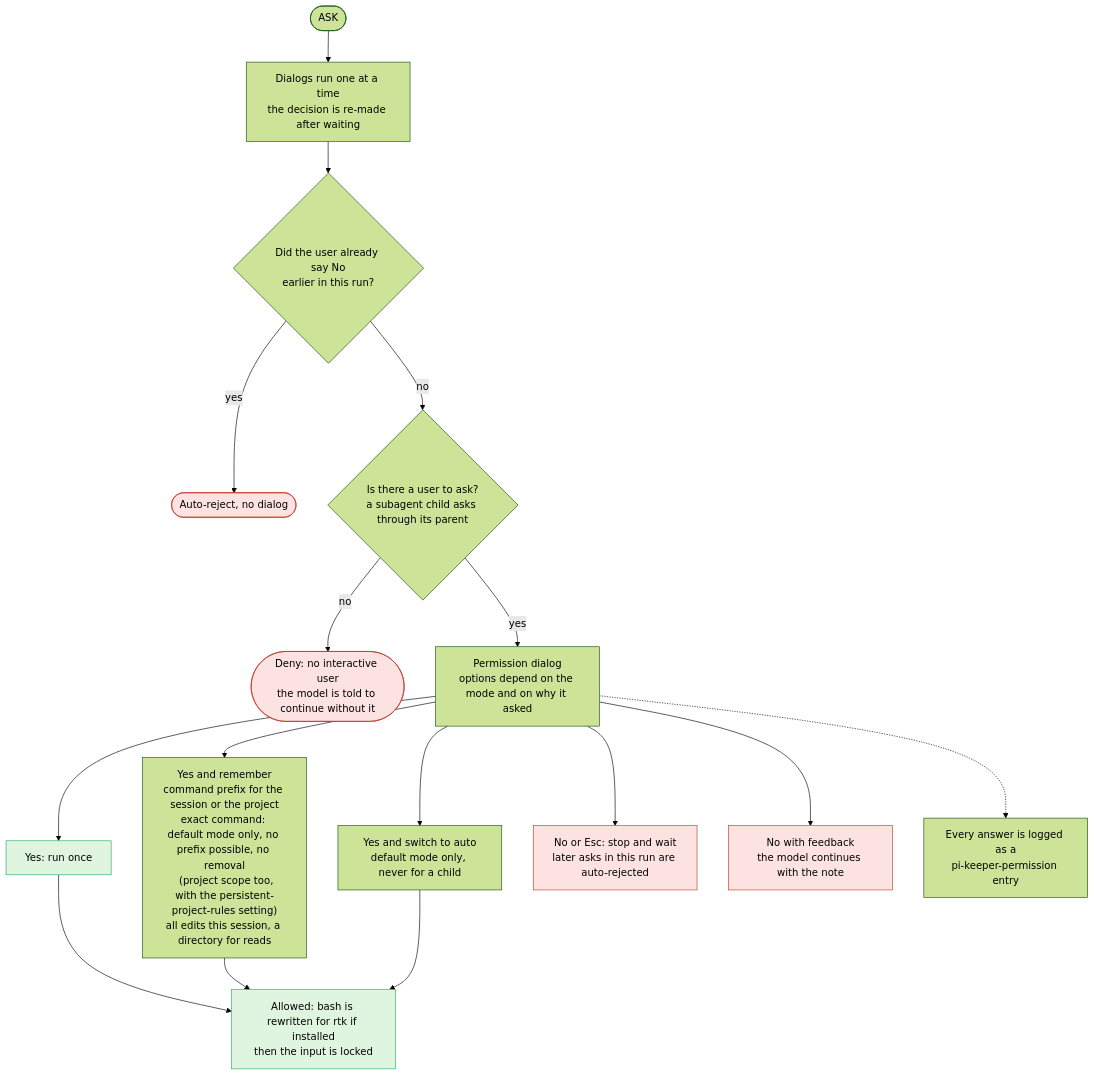
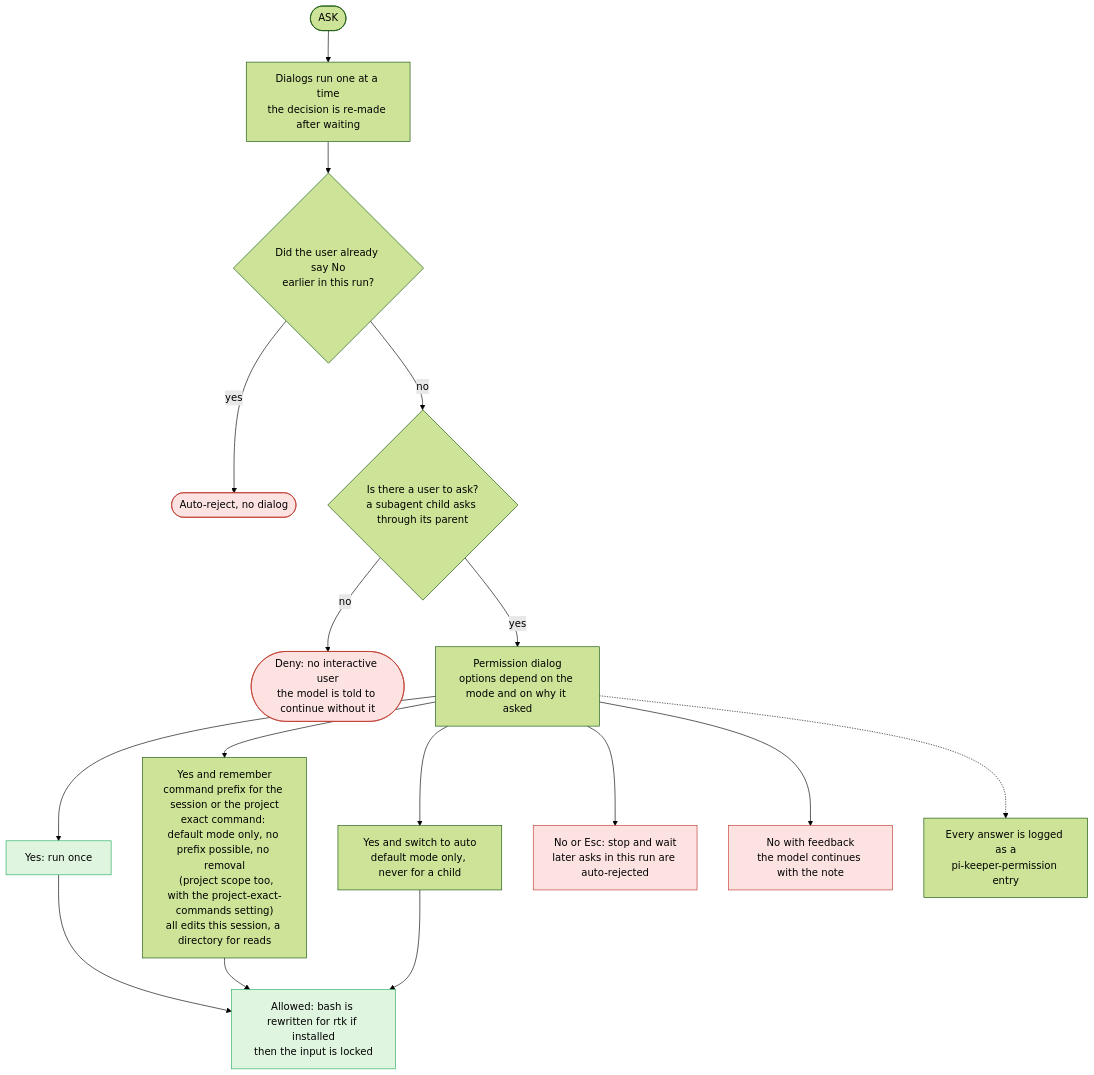
The second of 5 diagrams in pi-keeper/docs/design.md (DanielBlei/pi-packages), drawn with Mermaid (forest theme) before and after one commit. The commit also changed other lines of this file and 60 other files, not shown here.

````diff
--- a/pi-keeper/docs/design.md
+++ b/pi-keeper/docs/design.md
@@ -152,23 +152,23 @@
 ```mermaid
 %% chart: ask
 flowchart TD
     k_ask(["ASK"]) --> k_queue["Dialogs run one at a time<br/>the decision is re-made after waiting"]
     k_queue --> k_rej{"Did the user already say No<br/>earlier in this run?"}
     k_rej -- yes --> k_auto(["Auto-reject, no dialog"])
     k_rej -- no --> k_ui{"Is there a user to ask?<br/>a subagent child asks through its parent"}
     k_ui -- no --> k_noui(["Deny: no interactive user<br/>the model is told to continue without it"])
     k_ui -- yes --> k_dialog["Permission dialog<br/>options depend on the mode and on why it asked"]
     k_dialog --> k_yes["Yes: run once"]
-    k_dialog --> k_rem["Yes and remember<br/>command prefix for the session or the project<br/>exact command: default mode only, no prefix possible, no removal<br/>&nbsp;&nbsp;(project scope too, with the persistent-project-rules setting)<br/>all edits this session, a directory for reads"]
+    k_dialog --> k_rem["Yes and remember<br/>command prefix for the session or the project<br/>exact command: default mode only, no prefix possible, no removal<br/>&nbsp;&nbsp;(project scope too, with the project-exact-commands setting)<br/>all edits this session, a directory for reads"]
     k_dialog --> k_auto2["Yes and switch to auto<br/>default mode only, never for a child"]
     k_dialog --> k_no["No or Esc: stop and wait<br/>later asks in this run are auto-rejected"]
     k_dialog --> k_fb["No with feedback<br/>the model continues with the note"]
     k_yes --> k_run["Allowed: bash is rewritten for rtk if installed<br/>then the input is locked"]
     k_rem --> k_run
     k_auto2 --> k_run
     k_dialog -.-> k_tel["Every answer is logged as a<br/>pi-keeper-permission entry"]
     classDef denyC fill:#fde2e2,stroke:#c0392b,color:#000
     classDef allowC fill:#e0f5e0,stroke:#27ae60,color:#000
     class k_auto,k_noui,k_no,k_fb denyC
     class k_yes,k_run allowC
 ```
````
